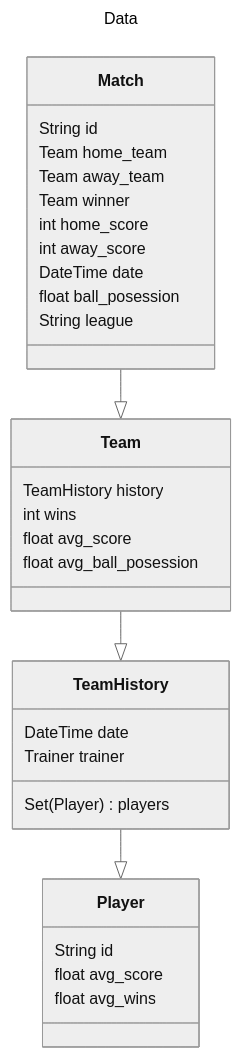
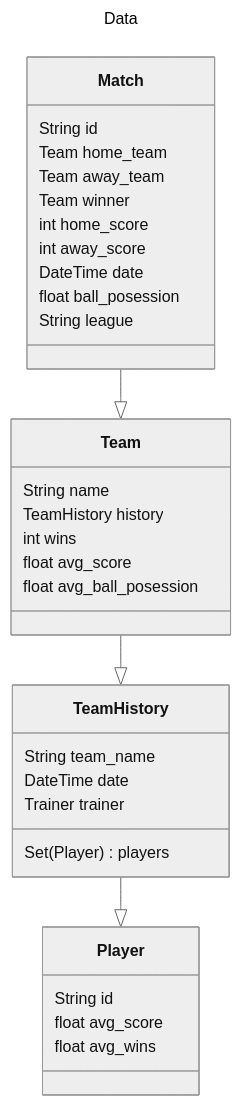
The diagram in data.md (confusedlama/em_predictor), drawn with Mermaid (neutral theme) before and after one commit. The commit also changed 5 other files, not shown here.

````diff
--- a/data.md
+++ b/data.md
@@ -1,41 +1,43 @@
 ```mermaid
 ---
 title: Data
 ---
 classDiagram
 
 Match --|> Team
 Team --|> TeamHistory
 TeamHistory --|> Player
 
 class Match{
-    String id
+    String id <hash team names und date>
     Team home_team
     Team away_team
     Team winner
     int home_score
     int away_score
     DateTime date
     float ball_posession
     String league
 }
 
 class Team{
+    String name
     TeamHistory history
     int wins
     float avg_score
     float avg_ball_posession
 }
 
 class TeamHistory{
+    String team_name
     DateTime date
     Set(Player) players
     Trainer trainer
 }
 
 class Player{
     String id
     float avg_score
     float avg_wins
 }
 ```
````
